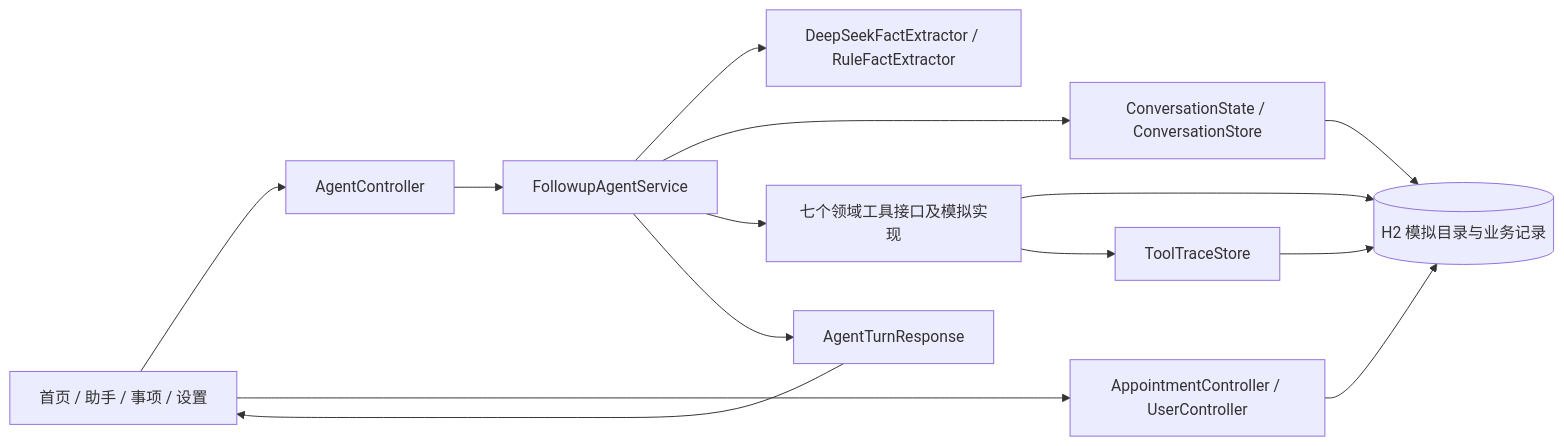
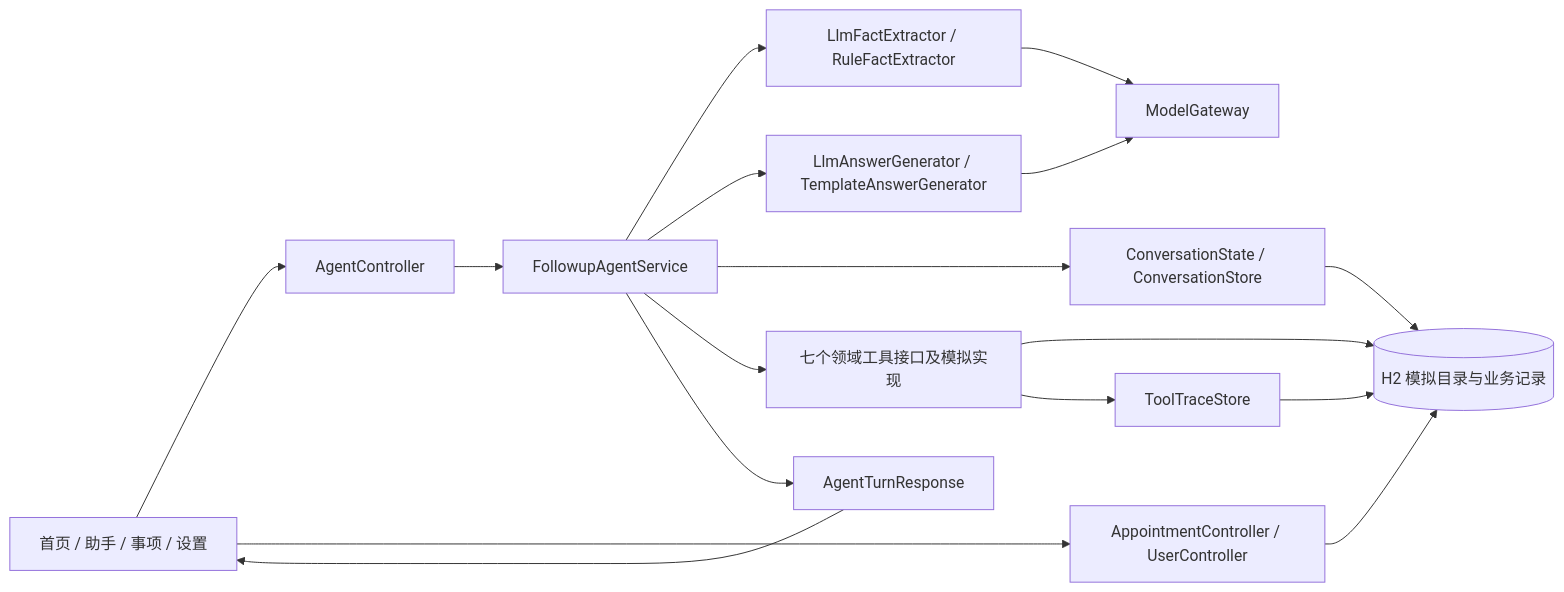
Before and after one commit to zhaoqingqing666/silver-followup-agent: the first of 2 diagrams in Design.md, drawn with Mermaid. The commit also changed other lines of this file and 91 other files, not shown here.

````diff
--- a/Design.md
+++ b/Design.md
@@ -23,16 +25,19 @@
 ```mermaid
 flowchart LR
     UI[首页 / 助手 / 事项 / 设置] --> API[AgentController]
     API --> S[FollowupAgentService]
-    S --> F[DeepSeekFactExtractor / RuleFactExtractor]
+    S --> F[LlmFactExtractor / RuleFactExtractor]
+    S --> G[LlmAnswerGenerator / TemplateAnswerGenerator]
+    F --> M[ModelGateway]
+    G --> M
     S --> C[ConversationState / ConversationStore]
     S --> T[七个领域工具接口及模拟实现]
     T --> DB[(H2 模拟目录与业务记录)]
     T --> L[ToolTraceStore]
     C --> DB
     L --> DB
     S --> R[AgentTurnResponse]
     R --> UI
     UI --> A[AppointmentController / UserController]
     A --> DB
 ```
````
